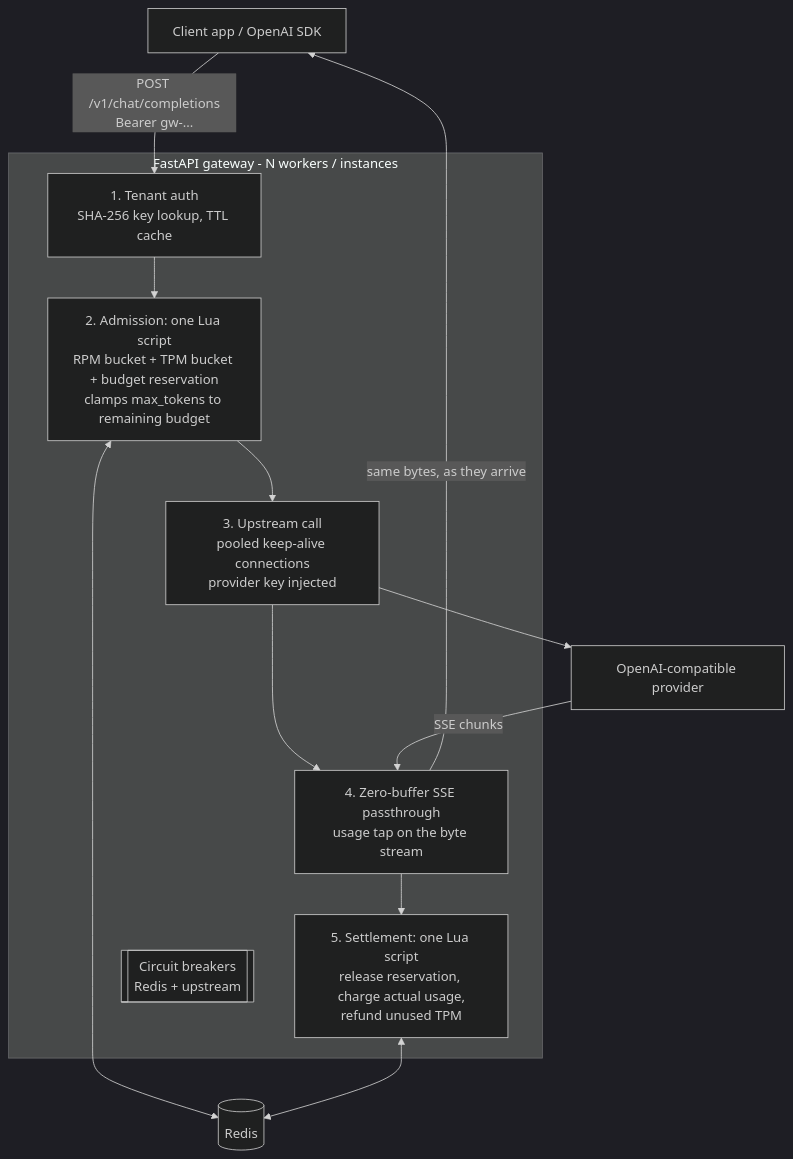
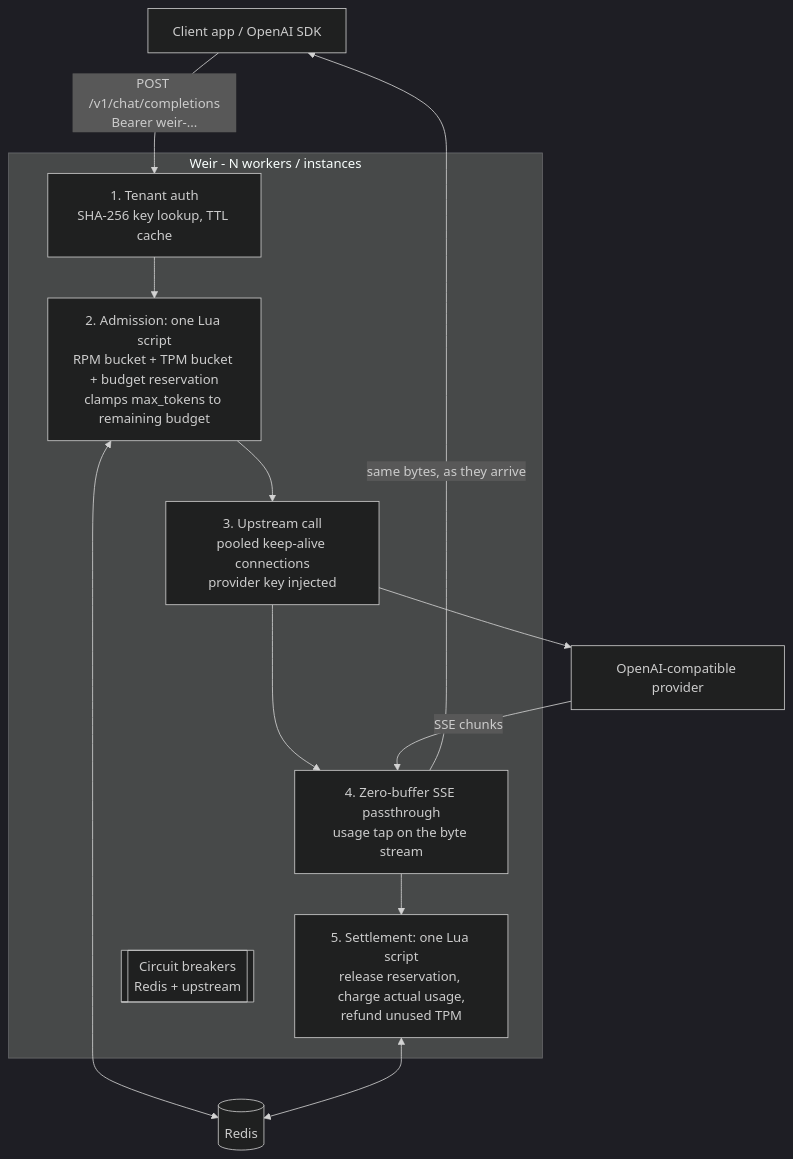
One commit to valentinakiyungi/weir changed the diagram in README.md. Above: the diagram before and after it, drawn with Mermaid (dark theme). The commit also changed other lines of this file and 32 other files, not shown here.

````diff
--- a/README.md
+++ b/README.md
@@ -32,19 +36,19 @@
 ```mermaid
 graph TD
-    Client[Client app / OpenAI SDK] -->|POST /v1/chat/completions<br/>Bearer gw-...| Auth
+    Client[Client app / OpenAI SDK] -->|POST /v1/chat/completions<br/>Bearer weir-...| Auth
 
-    subgraph Gateway [FastAPI gateway - N workers / instances]
+    subgraph Gateway [Weir - N workers / instances]
         Auth[1. Tenant auth<br/>SHA-256 key lookup, TTL cache] --> Admit
         Admit[2. Admission: one Lua script<br/>RPM bucket + TPM bucket + budget reservation<br/>clamps max_tokens to remaining budget] --> Proxy
         Proxy[3. Upstream call<br/>pooled keep-alive connections<br/>provider key injected] --> Tap
         Tap[4. Zero-buffer SSE passthrough<br/>usage tap on the byte stream] --> Settle
         Settle[5. Settlement: one Lua script<br/>release reservation, charge actual usage,<br/>refund unused TPM]
         Breaker[[Circuit breakers<br/>Redis + upstream]]
     end
 
     Admit <--> Redis[(Redis)]
     Settle <--> Redis
     Proxy --> Upstream[OpenAI-compatible provider]
     Upstream -->|SSE chunks| Tap
     Tap -->|same bytes, as they arrive| Client
 ```
````
